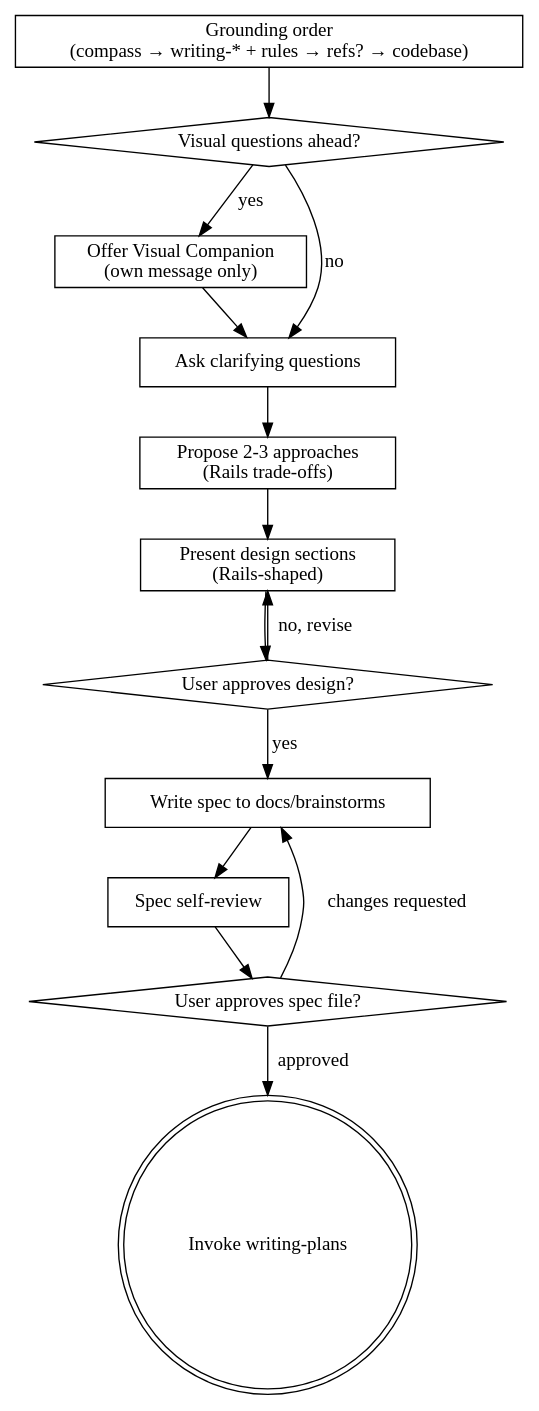
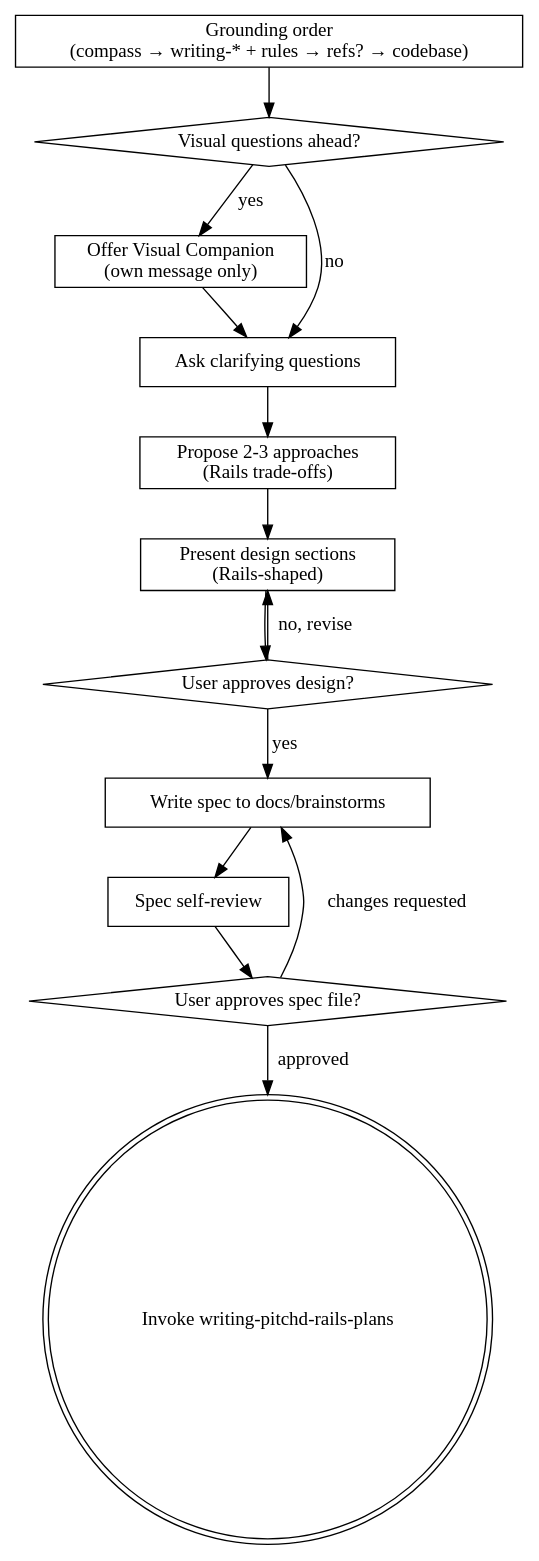
Before and after one commit to chrisrackstallion/pitchd-rails-cursor-plugin: the diagram in skills/brainstorming-rails-omakase/SKILL.md, drawn with Graphviz. The commit also changed other lines of this file and 8 other files, not shown here.

First line of the commit message:
Update documentation to reflect new `writing-pitchd-rails-plans` skill

````diff
--- a/skills/brainstorming-rails-omakase/SKILL.md
+++ b/skills/brainstorming-rails-omakase/SKILL.md
@@ -87,29 +87,29 @@
 ```dot
 digraph brainstorming_rails {
     "Grounding order\n(compass → writing-* + rules → refs? → codebase)" [shape=box];
     "Visual questions ahead?" [shape=diamond];
     "Offer Visual Companion\n(own message only)" [shape=box];
     "Ask clarifying questions" [shape=box];
     "Propose 2-3 approaches\n(Rails trade-offs)" [shape=box];
     "Present design sections\n(Rails-shaped)" [shape=box];
     "User approves design?" [shape=diamond];
     "Write spec to docs/brainstorms" [shape=box];
     "Spec self-review" [shape=box];
     "User approves spec file?" [shape=diamond];
-    "Invoke writing-plans" [shape=doublecircle];
+    "Invoke writing-pitchd-rails-plans" [shape=doublecircle];
 
     "Grounding order\n(compass → writing-* + rules → refs? → codebase)" -> "Visual questions ahead?";
     "Visual questions ahead?" -> "Offer Visual Companion\n(own message only)" [label="yes"];
     "Visual questions ahead?" -> "Ask clarifying questions" [label="no"];
     "Offer Visual Companion\n(own message only)" -> "Ask clarifying questions";
     "Ask clarifying questions" -> "Propose 2-3 approaches\n(Rails trade-offs)";
     "Propose 2-3 approaches\n(Rails trade-offs)" -> "Present design sections\n(Rails-shaped)";
     "Present design sections\n(Rails-shaped)" -> "User approves design?";
     "User approves design?" -> "Present design sections\n(Rails-shaped)" [label="no, revise"];
     "User approves design?" -> "Write spec to docs/brainstorms" [label="yes"];
     "Write spec to docs/brainstorms" -> "Spec self-review";
     "Spec self-review" -> "User approves spec file?";
     "User approves spec file?" -> "Write spec to docs/brainstorms" [label="changes requested"];
-    "User approves spec file?" -> "Invoke writing-plans" [label="approved"];
+    "User approves spec file?" -> "Invoke writing-pitchd-rails-plans" [label="approved"];
 }
 ```
````
